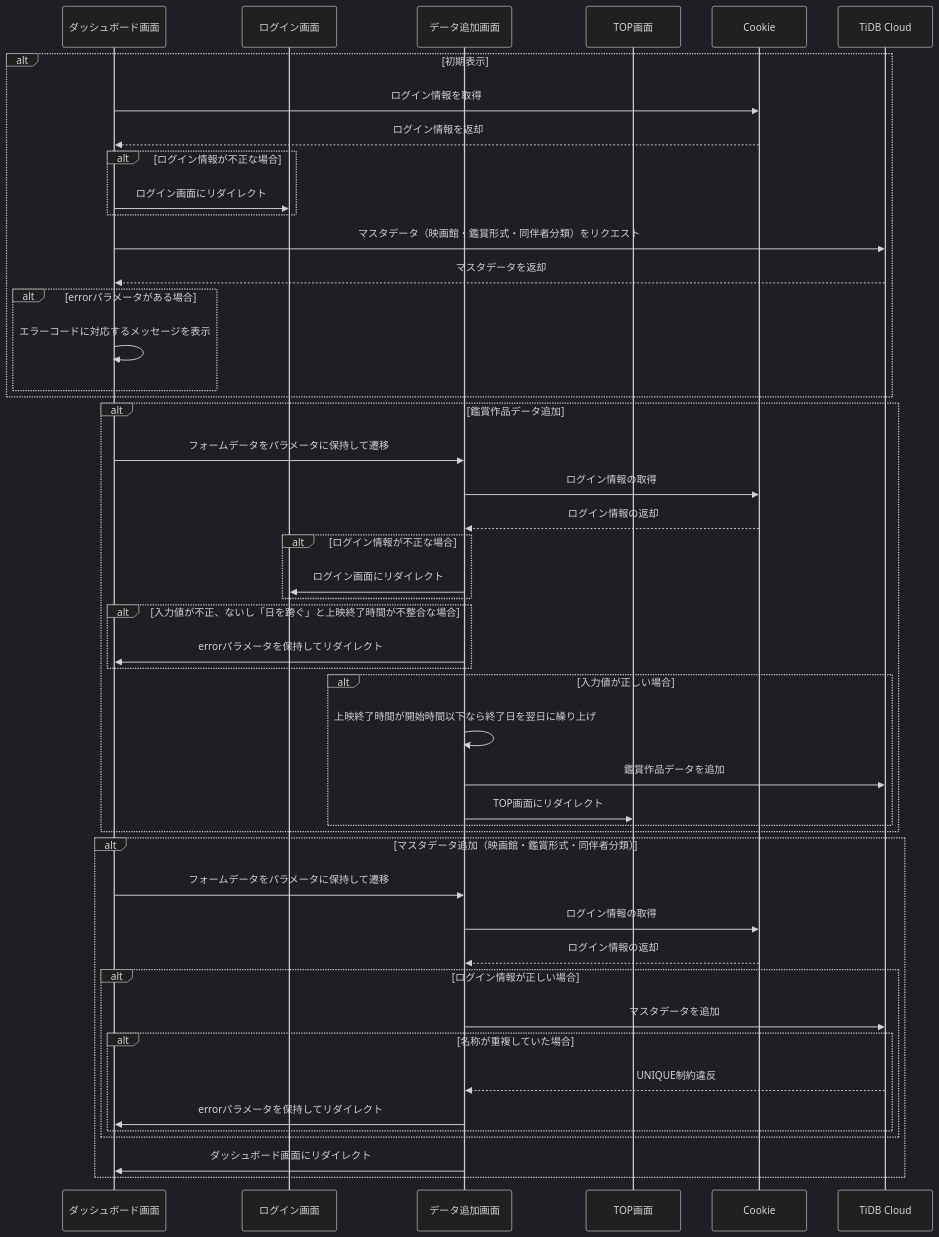
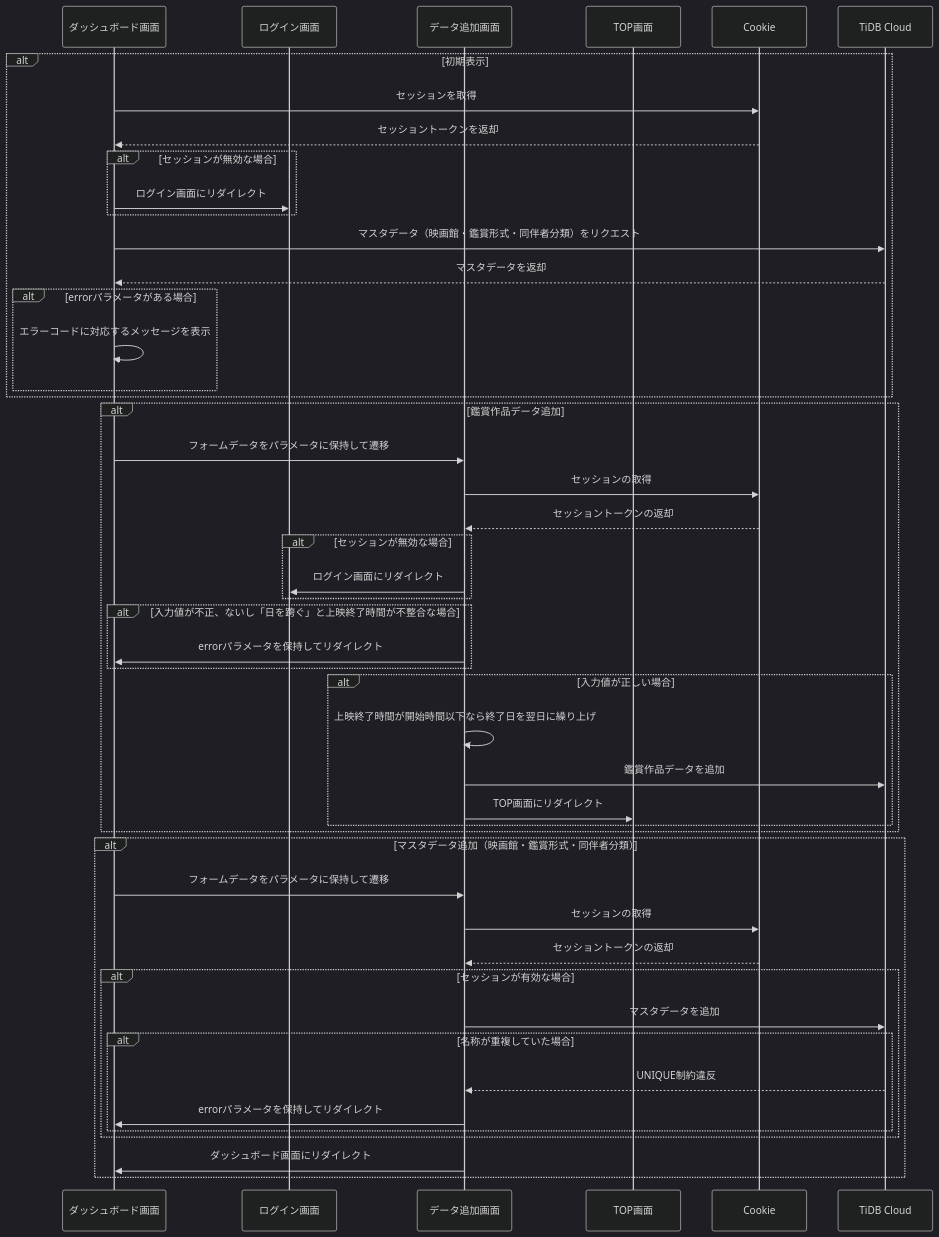
One commit to windchime-yk/cinelog changed the sixth of 6 diagrams in README.md. Above: the diagram before and after it, drawn with Mermaid (dark theme). The commit also changed other lines of this file and 9 other files, not shown here.

````diff
--- a/README.md
+++ b/README.md
@@ -99,53 +108,53 @@
 ```mermaid
 sequenceDiagram
   participant dashboardpage as ダッシュボード画面
   participant loginpage as ログイン画面
   participant redirect as データ追加画面
   participant toppage as TOP画面
   participant cookie as Cookie
   participant db as TiDB Cloud
   
   alt 初期表示
-    dashboardpage ->> cookie : ログイン情報を取得
-    cookie -->> dashboardpage : ログイン情報を返却
-    alt ログイン情報が不正な場合
+    dashboardpage ->> cookie : セッションを取得
+    cookie -->> dashboardpage : セッショントークンを返却
+    alt セッションが無効な場合
       dashboardpage ->> loginpage : ログイン画面にリダイレクト
     end
     dashboardpage ->> db : マスタデータ（映画館・鑑賞形式・同伴者分類）をリクエスト
     db -->> dashboardpage : マスタデータを返却
     alt errorパラメータがある場合
       dashboardpage ->> dashboardpage : エラーコードに対応するメッセージを表示
     end
   end
   
   alt 鑑賞作品データ追加
     dashboardpage ->> redirect : フォームデータをパラメータに保持して遷移
-    redirect ->> cookie : ログイン情報の取得
-    cookie -->> redirect : ログイン情報の返却
-    alt ログイン情報が不正な場合
+    redirect ->> cookie : セッションの取得
+    cookie -->> redirect : セッショントークンの返却
+    alt セッションが無効な場合
       redirect ->> loginpage : ログイン画面にリダイレクト
     end
     alt 入力値が不正、ないし「日を跨ぐ」と上映終了時間が不整合な場合
       redirect ->> dashboardpage : errorパラメータを保持してリダイレクト
     end
     alt 入力値が正しい場合
       redirect ->> redirect : 上映終了時間が開始時間以下なら終了日を翌日に繰り上げ
       redirect ->> db : 鑑賞作品データを追加
       redirect ->> toppage : TOP画面にリダイレクト
     end
   end
 
   alt マスタデータ追加（映画館・鑑賞形式・同伴者分類）
     dashboardpage ->> redirect : フォームデータをパラメータに保持して遷移
-    redirect ->> cookie : ログイン情報の取得
-    cookie -->> redirect : ログイン情報の返却
-    alt ログイン情報が正しい場合
+    redirect ->> cookie : セッションの取得
+    cookie -->> redirect : セッショントークンの返却
+    alt セッションが有効な場合
       redirect ->> db : マスタデータを追加
       alt 名称が重複していた場合
         db -->> redirect : UNIQUE制約違反
         redirect ->> dashboardpage : errorパラメータを保持してリダイレクト
       end
     end
     redirect ->> dashboardpage : ダッシュボード画面にリダイレクト
   end
 ```
````
